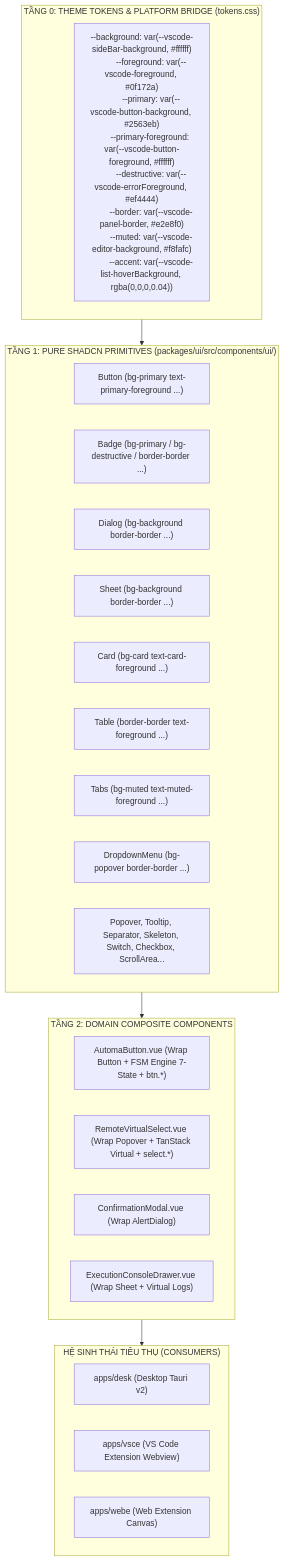
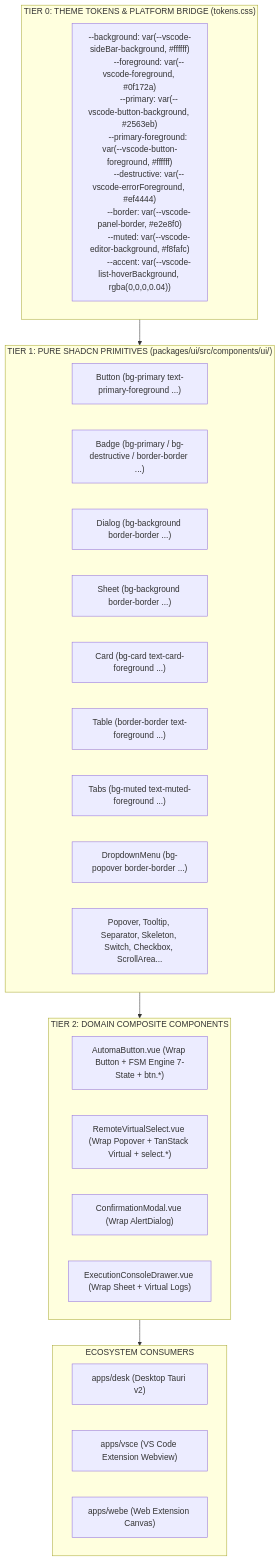
One commit to tuquet/automa changed the first of 2 diagrams in docs/srs/SRS_HORIZONTAL_UI_COMPONENTS.md. Above: the diagram before and after it, drawn with Mermaid. The commit also changed other lines of this file and 26 other files, not shown here.

````diff
--- a/docs/srs/SRS_HORIZONTAL_UI_COMPONENTS.md
+++ b/docs/srs/SRS_HORIZONTAL_UI_COMPONENTS.md
@@ -9,40 +9,40 @@
 ```mermaid
 flowchart TD
-    subgraph Layer0 ["TẦNG 0: THEME TOKENS & PLATFORM BRIDGE (tokens.css)"]
+    subgraph Layer0 ["TIER 0: THEME TOKENS & PLATFORM BRIDGE (tokens.css)"]
         Tokens["--background: var(--vscode-sideBar-background, #ffffff)
         --foreground: var(--vscode-foreground, #0f172a)
         --primary: var(--vscode-button-background, #2563eb)
         --primary-foreground: var(--vscode-button-foreground, #ffffff)
         --destructive: var(--vscode-errorForeground, #ef4444)
         --border: var(--vscode-panel-border, #e2e8f0)
         --muted: var(--vscode-editor-background, #f8fafc)
         --accent: var(--vscode-list-hoverBackground, rgba(0,0,0,0.04))"]
     end
 
-    subgraph Layer1 ["TẦNG 1: PURE SHADCN PRIMITIVES (packages/ui/src/components/ui/)"]
+    subgraph Layer1 ["TIER 1: PURE SHADCN PRIMITIVES (packages/ui/src/components/ui/)"]
         Button["Button (bg-primary text-primary-foreground ...)"]
         Badge["Badge (bg-primary / bg-destructive / border-border ...)"]
         Dialog["Dialog (bg-background border-border ...)"]
         Sheet["Sheet (bg-background border-border ...)"]
         Card["Card (bg-card text-card-foreground ...)"]
         Table["Table (border-border text-foreground ...)"]
         Tabs["Tabs (bg-muted text-muted-foreground ...)"]
         Dropdown["DropdownMenu (bg-popover border-border ...)"]
         OtherUI["Popover, Tooltip, Separator, Skeleton, Switch, Checkbox, ScrollArea..."]
     end
 
-    subgraph Layer2 ["TẦNG 2: DOMAIN COMPOSITE COMPONENTS"]
+    subgraph Layer2 ["TIER 2: DOMAIN COMPOSITE COMPONENTS"]
         AutomaBtn["AutomaButton.vue (Wrap Button + FSM Engine 7-State + btn.*)"]
         RemoteSelect["RemoteVirtualSelect.vue (Wrap Popover + TanStack Virtual + select.*)"]
         ConfirmModal["ConfirmationModal.vue (Wrap AlertDialog)"]
         ConsoleDrawer["ExecutionConsoleDrawer.vue (Wrap Sheet + Virtual Logs)"]
     end
 
-    subgraph Consumers ["HỆ SINH THÁI TIÊU THỤ (CONSUMERS)"]
+    subgraph Consumers ["ECOSYSTEM CONSUMERS"]
         Desk["apps/desk (Desktop Tauri v2)"]
         VSCE["apps/vsce (VS Code Extension Webview)"]
         WebE["apps/webe (Web Extension Canvas)"]
     end
 
     Layer0 --> Layer1 --> Layer2 --> Consumers
 ```
````
